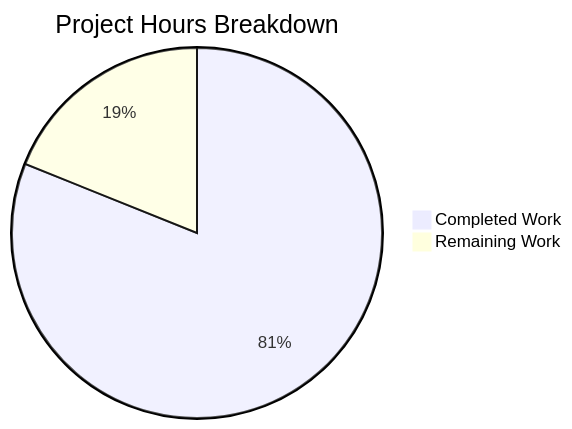
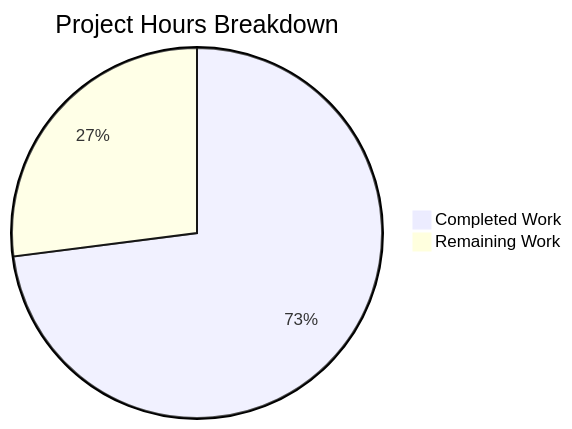
The second of 2 diagrams in blitzy/documentation/Project Guide.md (blitzy-public-samples/blitzy-odoo), drawn with Mermaid before and after one commit. The commit also changed other lines of this file, not shown here.

Commit message:
Adding Blitzy Project Guide: Project Status and Human Tasks Remaining

````diff
--- a/blitzy/documentation/Project Guide.md
+++ b/blitzy/documentation/Project Guide.md
@@ -76,5 +214,5 @@
 ```mermaid
 pie title Project Hours Breakdown
-    "Completed Work" : 30
-    "Remaining Work" : 7
+    "Completed Work" : 27
+    "Remaining Work" : 10
 ```
````
